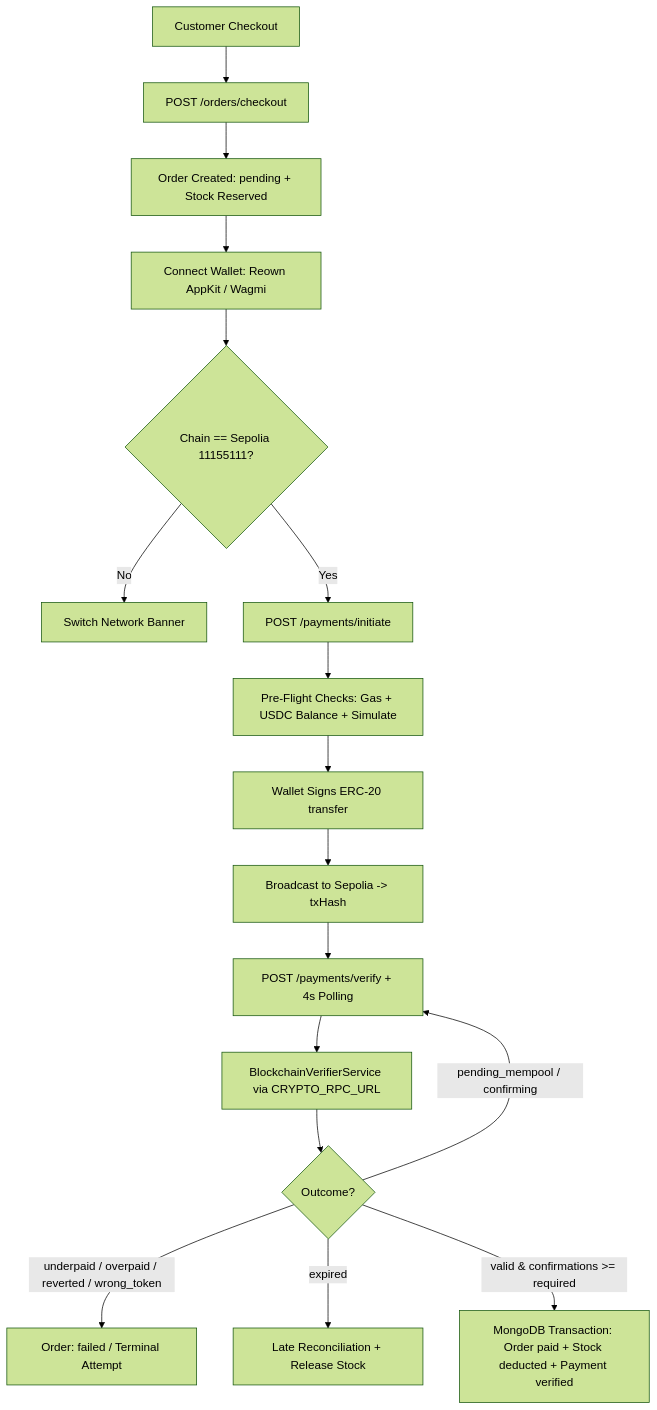
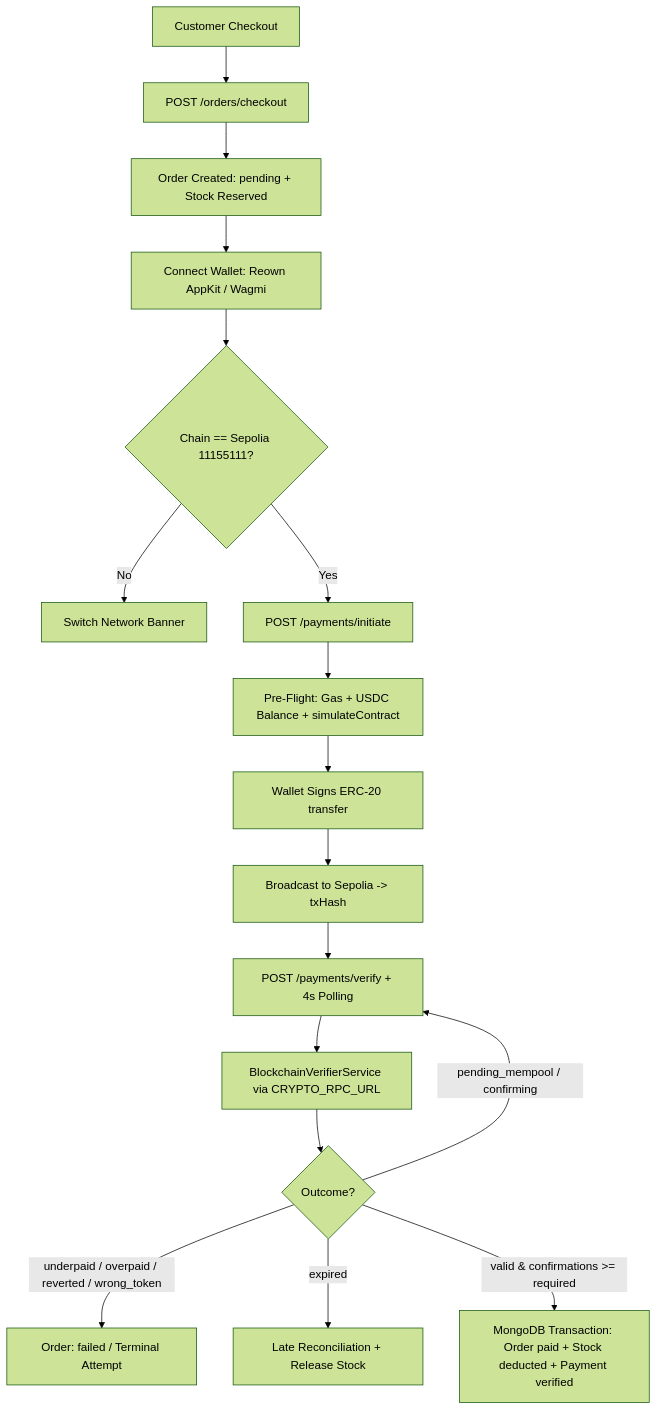
Before and after one commit to Jerin-johnson/GridlineInfoTech: the diagram in docs/payments/README.md, drawn with Mermaid (forest theme). The commit also changed other lines of this file and 26 other files, not shown here.

````diff
--- a/docs/payments/README.md
+++ b/docs/payments/README.md
@@ -11,19 +11,19 @@
 ```mermaid
 flowchart TD
     A[Customer Checkout] --> B[POST /orders/checkout]
     B --> C[Order Created: pending + Stock Reserved]
     C --> D[Connect Wallet: Reown AppKit / Wagmi]
     D --> E{Chain == Sepolia 11155111?}
     E -->|No| F[Switch Network Banner]
     E -->|Yes| G[POST /payments/initiate]
-    G --> H[Pre-Flight Checks: Gas + USDC Balance + Simulate]
+    G --> H[Pre-Flight: Gas + USDC Balance + simulateContract]
     H --> I[Wallet Signs ERC-20 transfer]
     I --> J[Broadcast to Sepolia -> txHash]
     J --> K[POST /payments/verify + 4s Polling]
     K --> L[BlockchainVerifierService via CRYPTO_RPC_URL]
     L --> M{Outcome?}
     M -->|pending_mempool / confirming| K
     M -->|underpaid / overpaid / reverted / wrong_token| N[Order: failed / Terminal Attempt]
     M -->|expired| O[Late Reconciliation + Release Stock]
     M -->|valid & confirmations >= required| P[MongoDB Transaction: Order paid + Stock deducted + Payment verified]
 ```
````
